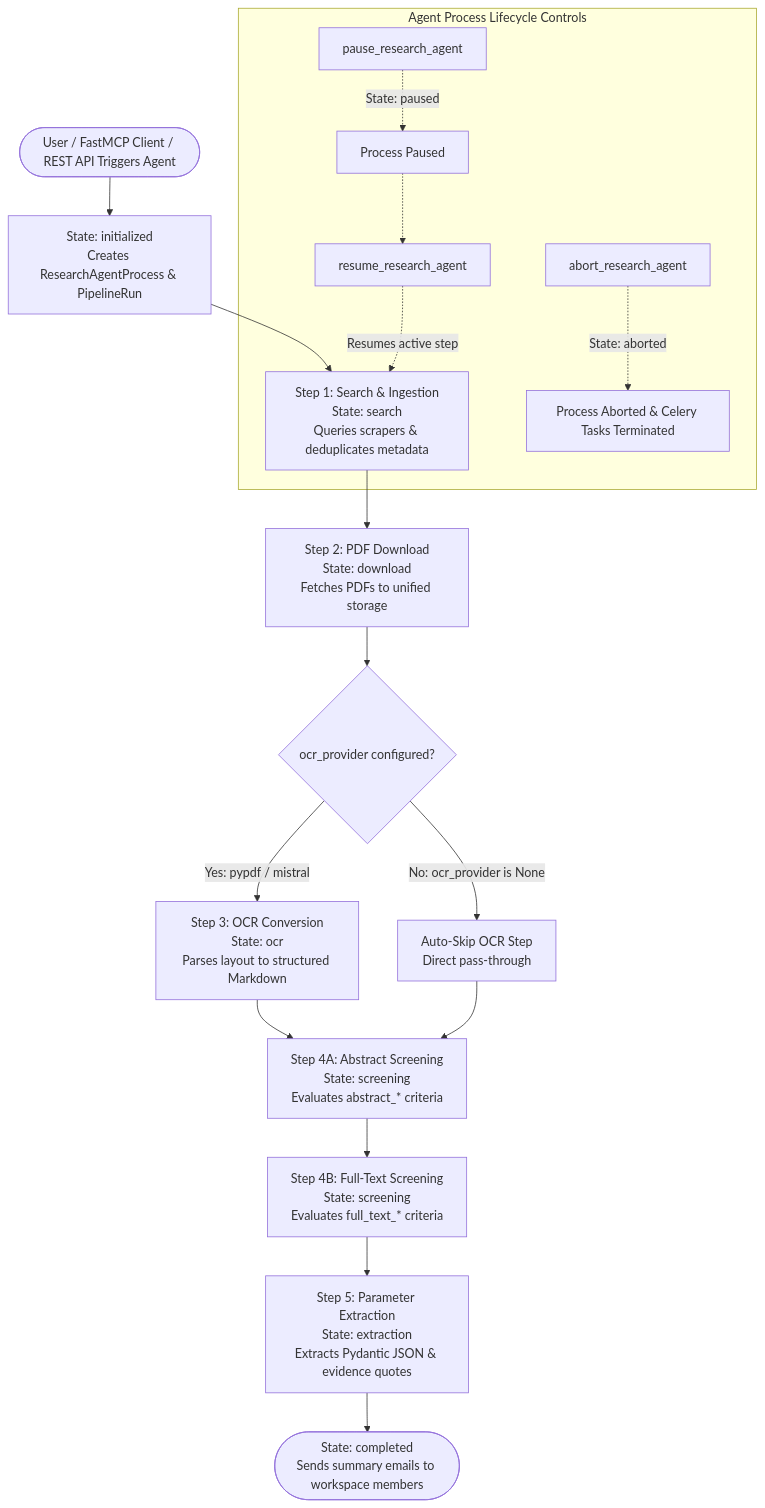
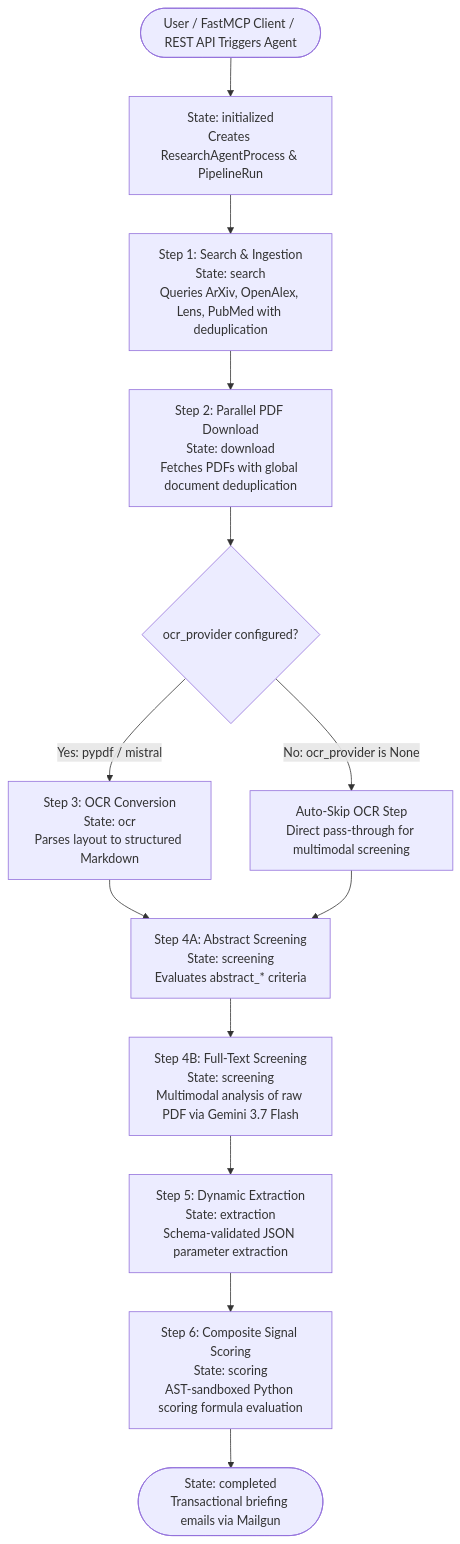
One commit to p4ku/research-intelligence changed the diagram in backend/README.md. Above: the diagram before and after it, drawn with Mermaid. The commit also changed other lines of this file and 1 other file, not shown here.

Commit message:
Update frontend and backend README documentation to reflect Pages router, Tailwind CSS, 6-step pipeline, and JWT auth

````diff
--- a/backend/README.md
+++ b/backend/README.md
@@ -47,29 +52,24 @@
 ```mermaid
 graph TD
     Start([User / FastMCP Client / REST API Triggers Agent]) --> Initialized[State: initialized<br/>Creates ResearchAgentProcess & PipelineRun]
     
-    Initialized --> SearchStep[Step 1: Search & Ingestion<br/>State: search<br/>Queries scrapers & deduplicates metadata]
+    Initialized --> SearchStep[Step 1: Search & Ingestion<br/>State: search<br/>Queries ArXiv, OpenAlex, Lens, PubMed with deduplication]
     
-    SearchStep --> DownloadStep[Step 2: PDF Download<br/>State: download<br/>Fetches PDFs to unified storage]
+    SearchStep --> DownloadStep[Step 2: Parallel PDF Download<br/>State: download<br/>Fetches PDFs with global document deduplication]
     
     DownloadStep --> OCRCheck{ocr_provider configured?}
     
     OCRCheck -->|Yes: pypdf / mistral| OCRStep[Step 3: OCR Conversion<br/>State: ocr<br/>Parses layout to structured Markdown]
-    OCRCheck -->|No: ocr_provider is None| SkipOCR[Auto-Skip OCR Step<br/>Direct pass-through]
+    OCRCheck -->|No: ocr_provider is None| SkipOCR[Auto-Skip OCR Step<br/>Direct pass-through for multimodal screening]
     
     OCRStep --> AbstractScreening[Step 4A: Abstract Screening<br/>State: screening<br/>Evaluates abstract_* criteria]
     SkipOCR --> AbstractScreening
     
-    AbstractScreening --> FullTextScreening[Step 4B: Full-Text Screening<br/>State: screening<br/>Evaluates full_text_* criteria]
+    AbstractScreening --> FullTextScreening[Step 4B: Full-Text Screening<br/>State: screening<br/>Multimodal analysis of raw PDF via Gemini 3.7 Flash]
     
-    FullTextScreening --> ExtractionStep[Step 5: Parameter Extraction<br/>State: extraction<br/>Extracts Pydantic JSON & evidence quotes]
+    FullTextScreening --> ExtractionStep[Step 5: Dynamic Extraction<br/>State: extraction<br/>Schema-validated JSON parameter extraction]
     
-    ExtractionStep --> Completed([State: completed<br/>Sends summary emails to workspace members])
+    ExtractionStep --> SignalScoreStep[Step 6: Composite Signal Scoring<br/>State: scoring<br/>AST-sandboxed Python scoring formula evaluation]
     
-    subgraph Controls ["Agent Process Lifecycle Controls"]
-        PauseCommand[pause_research_agent] -.->|State: paused| AgentPaused[Process Paused]
-        AgentPaused -.-> ResumeCommand[resume_research_agent]
-        ResumeCommand -.->|Resumes active step| SearchStep
-        AbortCommand[abort_research_agent] -.->|State: aborted| AgentAborted[Process Aborted & Celery Tasks Terminated]
-    end
+    SignalScoreStep --> Completed([State: completed<br/>Transactional briefing emails via Mailgun])
 ```
````
